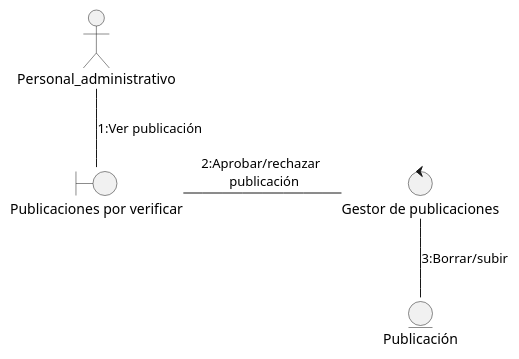
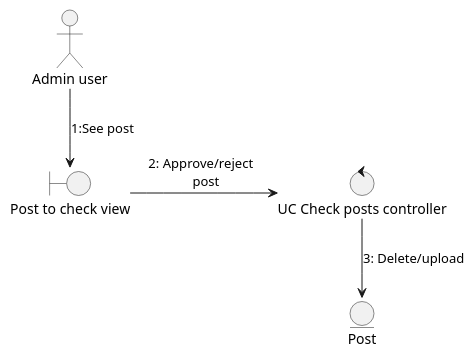
The diagram in docs/scenariosView/collaborationDiagram/useCase-VerificarPublicaciones.puml (Dayannis-07/ING_SOFT), drawn with PlantUML before and after one commit. The commit also changed 24 other files, not shown here.

Commit message:
corrections collaboration & analysisClassDiagram

```diff
--- a/docs/scenariosView/collaborationDiagram/useCase-VerificarPublicaciones.puml
+++ b/docs/scenariosView/collaborationDiagram/useCase-VerificarPublicaciones.puml
@@ -1,9 +1,9 @@
 @startuml verificarPublicaciones
-actor Personal_administrativo as pm
-boundary "Publicaciones por verificar" as pv
-pm--pv :1:Ver publicación
-control "Gestor de publicaciones" as pg
-pv-r-pg :2:Aprobar/rechazar \n publicación
-entity Publicación as p
-pg--p :3:Borrar/subir
+actor "Admin user" as Act
+boundary "Post to check view" as view
+Act-->view :1:See post
+control "UC Check posts controller" as controller
+view-r->controller :2: Approve/reject  \n post
+entity Post as entity
+controller-->entity :3: Delete/upload
 @enduml
```
